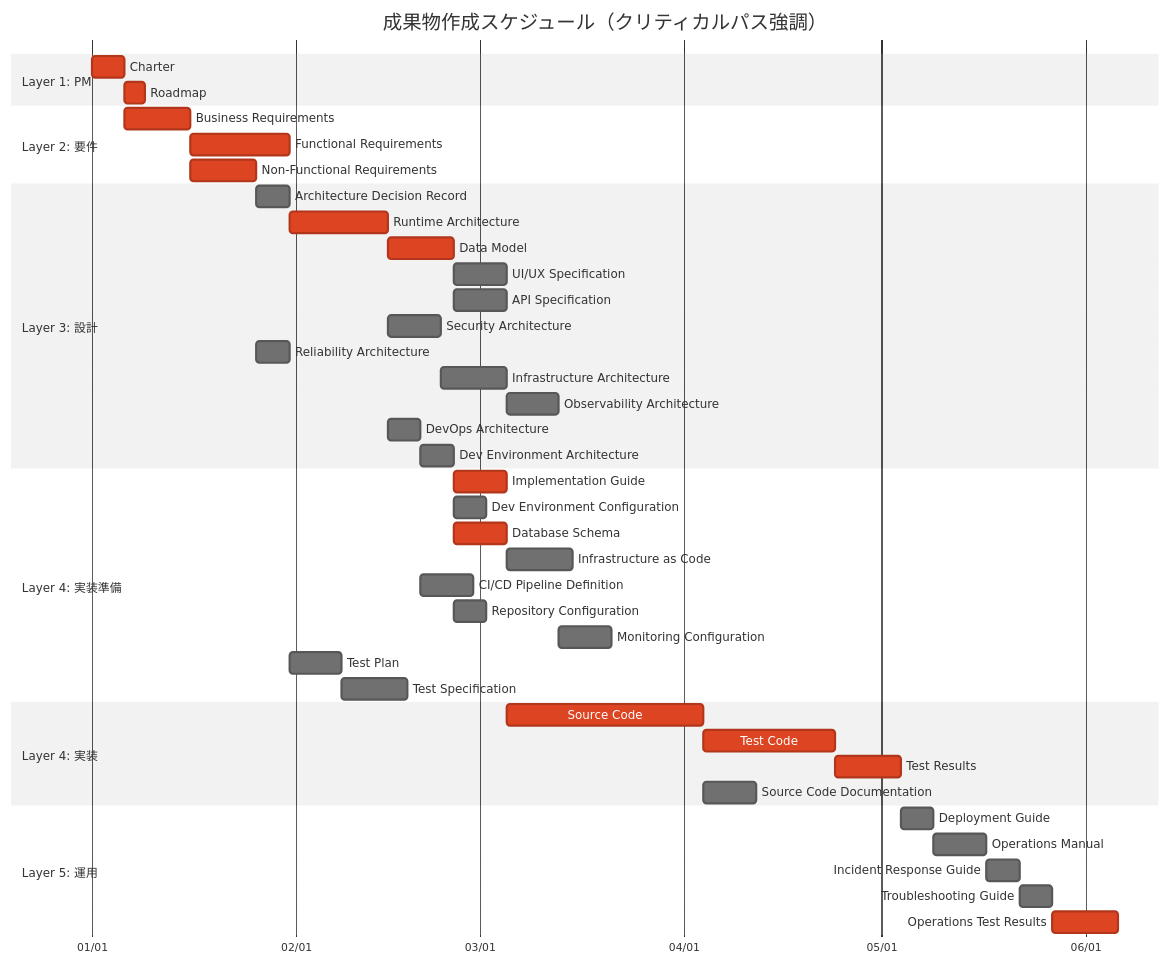
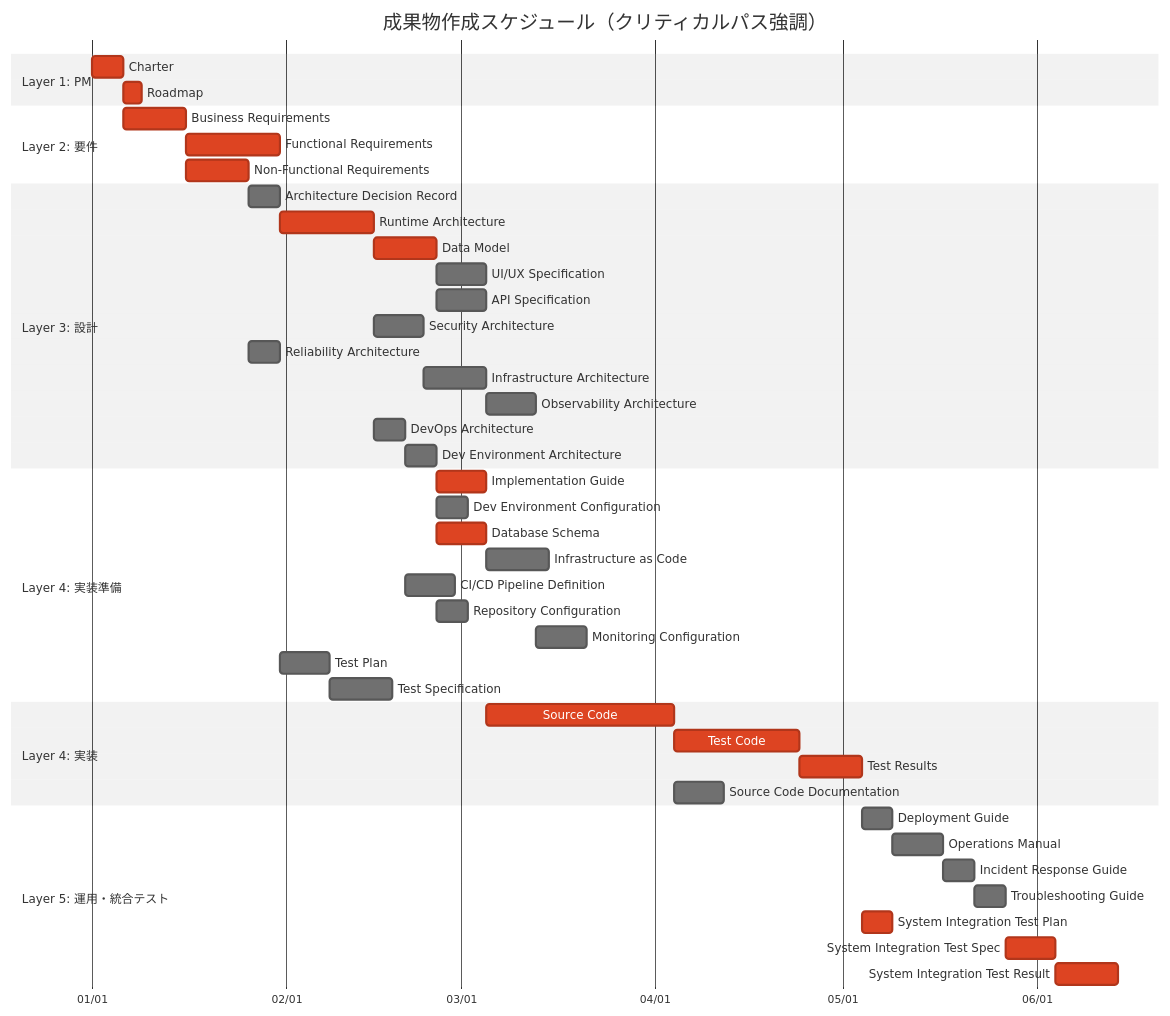
One commit to mahitotsu/ukiyoue changed the third of 3 diagrams in specs/artifact-taxonomy.md. Above: the diagram before and after it, drawn with Mermaid (neutral theme). The commit also changed other lines of this file, not shown here.

First line of the commit message:
refactor: 運用テストをSystem Integration Testプロセスに再設計

````diff
--- a/specs/artifact-taxonomy.md
+++ b/specs/artifact-taxonomy.md
@@ -990,52 +1031,54 @@
 ```mermaid
 gantt
     title 成果物作成スケジュール（クリティカルパス強調）
     dateFormat YYYY-MM-DD
     axisFormat %m/%d
 
     section Layer 1: PM
     Charter                       :crit, charter, 2025-01-01, 5d
     Roadmap                       :crit, roadmap, after charter, 3d
 
     section Layer 2: 要件
     Business Requirements         :crit, biz, after charter, 10d
     Functional Requirements       :crit, func, after biz, 15d
     Non-Functional Requirements   :crit, nonfunc, after biz, 10d
 
     section Layer 3: 設計
     Architecture Decision Record  :adr, after nonfunc, 5d
     Runtime Architecture          :crit, runtime, after nonfunc adr, 15d
     Data Model                    :crit, datamodel, after func runtime, 10d
     UI/UX Specification           :ui, after func datamodel, 8d
     API Specification             :api, after runtime datamodel, 8d
     Security Architecture         :security, after nonfunc runtime, 8d
     Reliability Architecture      :reliability, after nonfunc, 5d
     Infrastructure Architecture   :infra, after reliability runtime security, 10d
     Observability Architecture    :observ, after runtime infra reliability, 8d
     DevOps Architecture           :devops, after runtime, 5d
     Dev Environment Architecture  :devenv, after runtime devops, 5d
 
     section Layer 4: 実装準備
     Implementation Guide          :crit, implguide, after runtime security devenv devops, 8d
     Dev Environment Configuration :devenvconf, after devenv, 5d
     Database Schema               :crit, dbschema, after datamodel, 8d
     Infrastructure as Code        :iac, after infra, 10d
     CI/CD Pipeline Definition     :pipeline, after devops, 8d
     Repository Configuration      :repo, after devops devenv, 5d
     Monitoring Configuration      :monitoring, after observ, 8d
     Test Plan                     :testplan, after func nonfunc, 8d
     Test Specification            :testspec, after testplan func, 10d
 
     section Layer 4: 実装
     Source Code                   :crit, code, after func implguide ui api dbschema repo devenvconf, 30d
     Test Code                     :crit, testcode, after testspec code, 20d
     Test Results                  :crit, testresult, after testcode, 10d
     Source Code Documentation     :codedoc, after code, 8d
 
-    section Layer 5: 運用
+    section Layer 5: 運用・統合テスト
     Deployment Guide              :deploy, after iac pipeline testresult, 5d
     Operations Manual             :manual, after deploy monitoring testresult, 8d
     Incident Response Guide       :incident, after observ manual, 5d
     Troubleshooting Guide         :trouble, after codedoc incident, 5d
-    Operations Test Results       :crit, opstest, after deploy manual incident trouble testspec, 10d
+    System Integration Test Plan  :crit, sitplan, after testresult nonfunc, 5d
+    System Integration Test Spec  :crit, sitspec, after sitplan deploy manual incident trouble, 8d
+    System Integration Test Result :crit, sitresult, after sitspec, 10d
 ```
````
